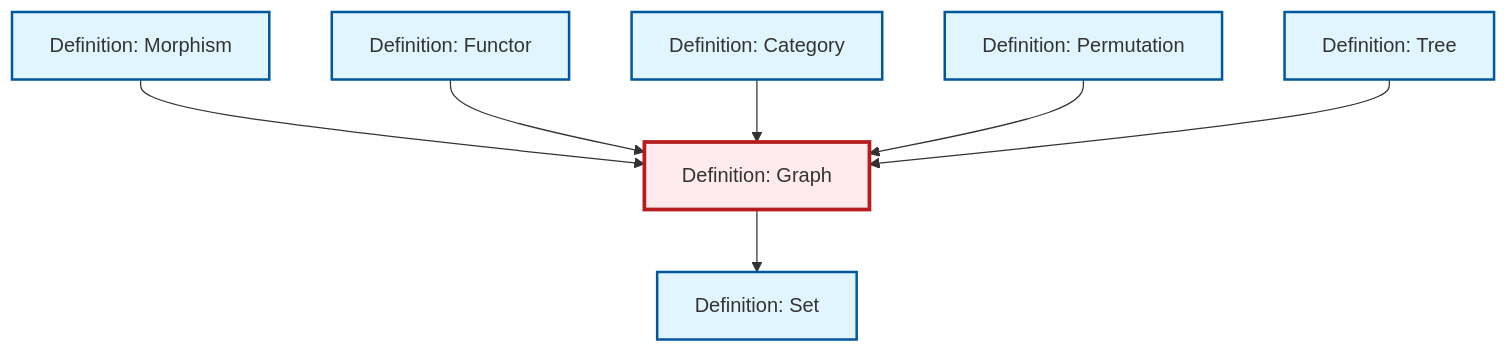
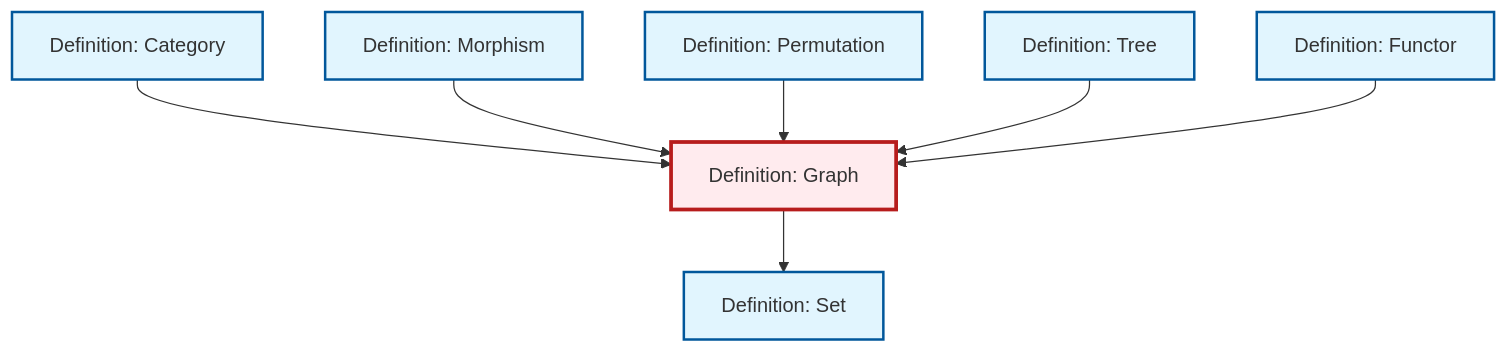
Before and after one commit to RK0429/ModernMath: the diagram in content/en/combinatorics/def-graph.qmd, drawn with Mermaid. The commit also changed other lines of this file and 672 other files, not shown here.

````diff
--- a/content/en/combinatorics/def-graph.qmd
+++ b/content/en/combinatorics/def-graph.qmd
@@ -93,29 +93,29 @@
 ```{mermaid}
 %%| fig-cap: "Local dependency graph"
 graph TD
     classDef definition fill:#e1f5fe,stroke:#01579b,stroke-width:2px
     classDef theorem fill:#f3e5f5,stroke:#4a148c,stroke-width:2px
     classDef axiom fill:#fff3e0,stroke:#e65100,stroke-width:2px
     classDef example fill:#e8f5e9,stroke:#1b5e20,stroke-width:2px
     classDef current fill:#ffebee,stroke:#b71c1c,stroke-width:3px
     def-set["Definition: Set"]:::definition
+    def-tree["Definition: Tree"]:::definition
+    def-morphism["Definition: Morphism"]:::definition
     def-permutation["Definition: Permutation"]:::definition
-    def-graph["Definition: Graph"]:::definition
     def-category["Definition: Category"]:::definition
     def-functor["Definition: Functor"]:::definition
-    def-morphism["Definition: Morphism"]:::definition
-    def-tree["Definition: Tree"]:::definition
+    def-graph["Definition: Graph"]:::definition
     def-graph --> def-set
+    def-category --> def-graph
     def-morphism --> def-graph
-    def-functor --> def-graph
-    def-category --> def-graph
     def-permutation --> def-graph
     def-tree --> def-graph
+    def-functor --> def-graph
     class def-graph current
     click def-set "def-set.html" "Go to Set definition"
+    click def-tree "def-tree.html" "Go to Tree definition"
+    click def-morphism "def-morphism.html" "Go to Morphism definition"
     click def-permutation "def-permutation.html" "Go to Permutation definition"
     click def-category "def-category.html" "Go to Category definition"
     click def-functor "def-functor.html" "Go to Functor definition"
-    click def-morphism "def-morphism.html" "Go to Morphism definition"
-    click def-tree "def-tree.html" "Go to Tree definition"
 ```
````
